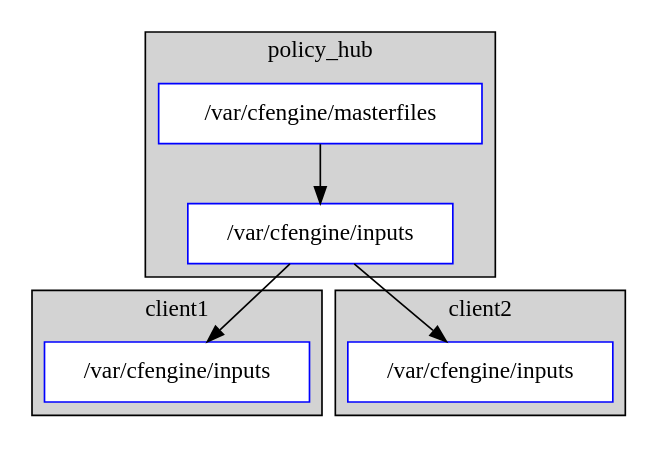
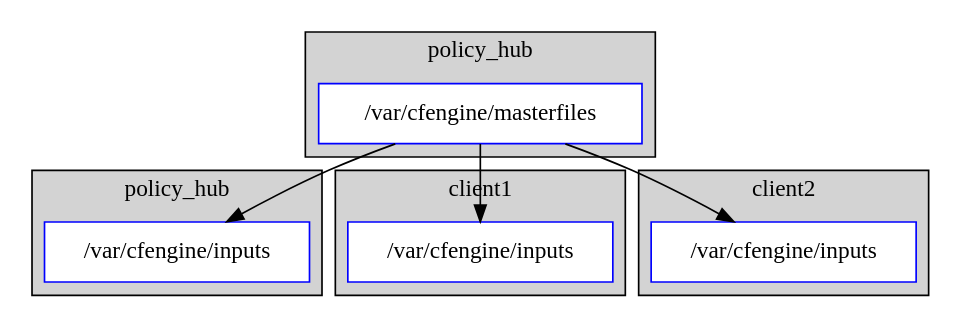
The diagram in policy_propagation.dot (bahamat/cf-primer), drawn with Graphviz before and after one commit. The commit also changed 1 other file, not shown here.

```diff
--- a/policy_propagation.dot
+++ b/policy_propagation.dot
@@ -1,29 +1,37 @@
 digraph policy_propagation {
   node [ shape = box ];
 
   subgraph cluster_0 {
     h_masterfiles [ label = "/var/cfengine/masterfiles" color = blue style = filled fillcolor = white ]
-    h_inputs [ label = "/var/cfengine/inputs" color = blue style = filled fillcolor = white ]
-    h_masterfiles -> h_inputs;
+//    h_inputs [ label = "/var/cfengine/inputs" color = blue style = filled fillcolor = white ]
+//    h_masterfiles -> h_inputs;
+    label = "policy_hub";
+    style = filled;
+  }
+
+  subgraph cluster_0b {
+    c0b_inputs [ label = "/var/cfengine/inputs" color = blue style = filled fillcolor = white ]
+    c0b_inputs;
     label = "policy_hub";
     style = filled;
   }
 
   subgraph cluster_1 {
     c1_inputs [ label = "/var/cfengine/inputs" color = blue style = filled fillcolor = white ]
     c1_inputs;
     label = "client1";
     style = filled;
   }
 
   subgraph cluster_2 {
     c2_inputs [ label = "/var/cfengine/inputs" color = blue style = filled fillcolor = white ]
     c2_inputs;
     label = "client2";
     style = filled;
   }
 
-  h_inputs -> c1_inputs;
-  h_inputs -> c2_inputs;
+  h_masterfiles -> c0b_inputs;
+  h_masterfiles -> c1_inputs;
+  h_masterfiles -> c2_inputs;
 
 }
```
